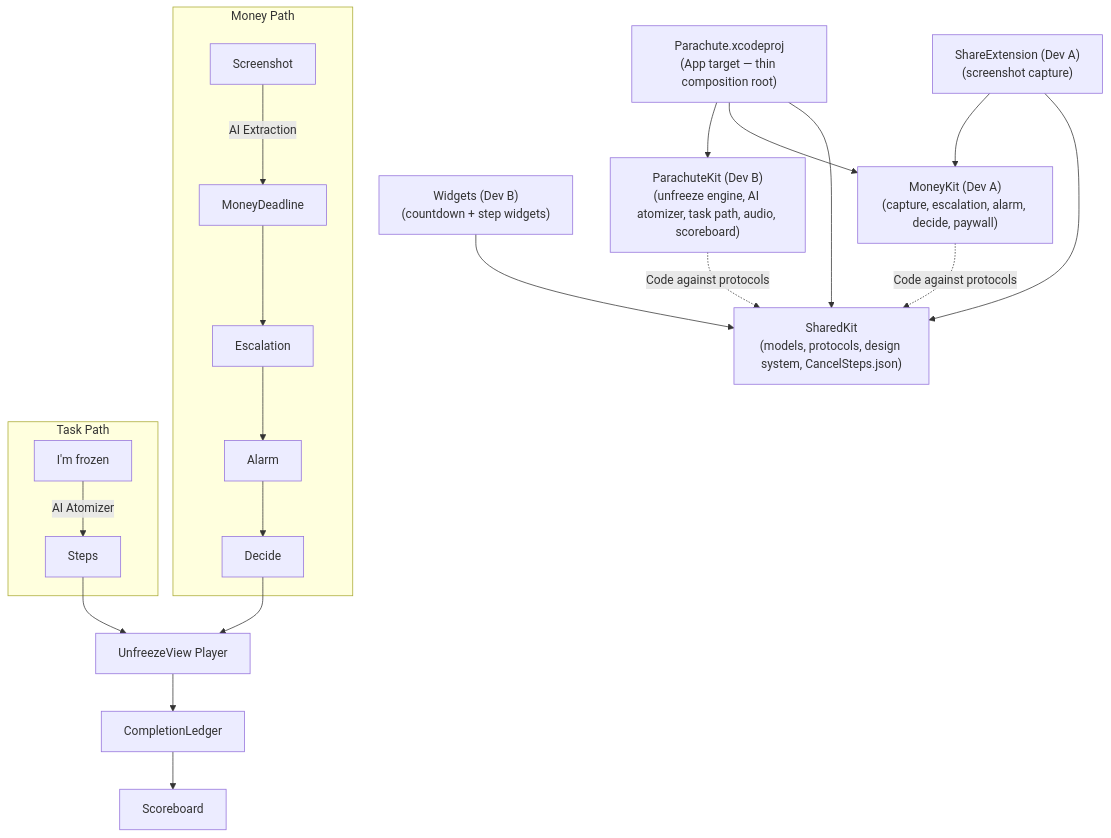
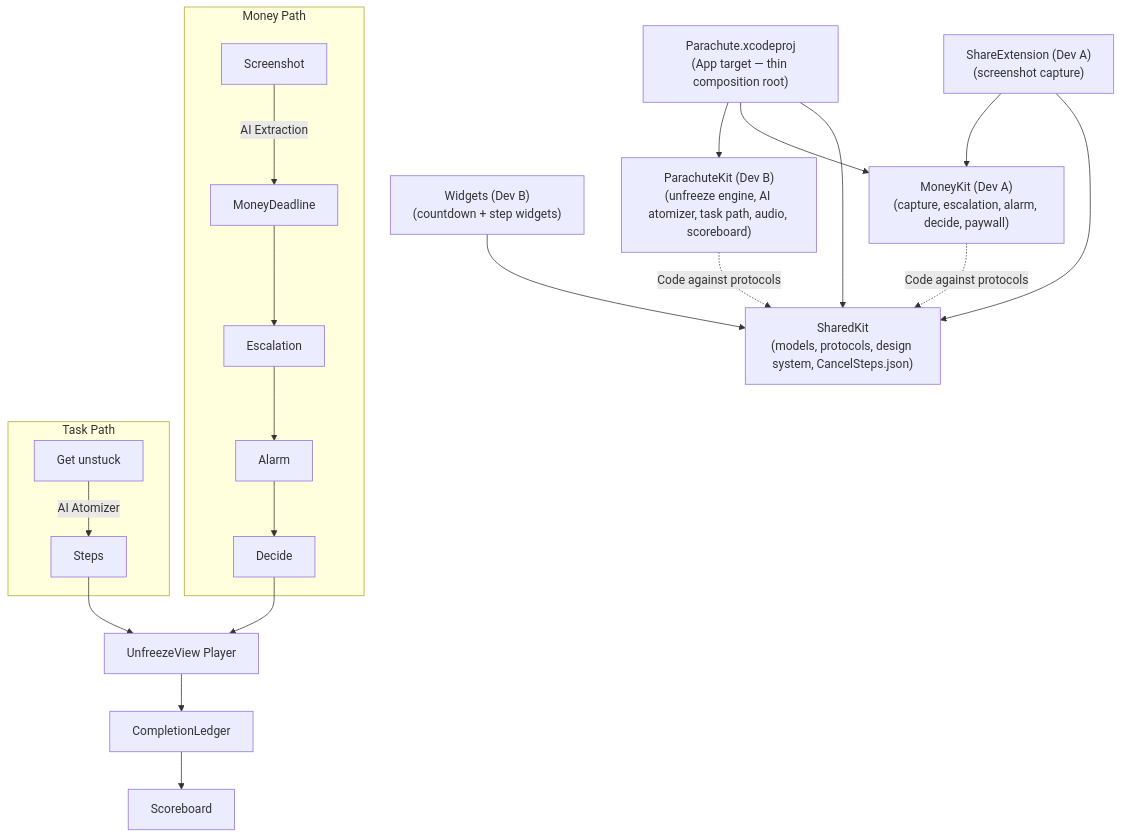
Before and after one commit to yasaausman/parachute: the diagram in docs/readme-dev-b.md, drawn with Mermaid. The commit also changed 47 other files, not shown here.

````diff
--- a/docs/readme-dev-b.md
+++ b/docs/readme-dev-b.md
@@ -18,41 +18,41 @@
 ```mermaid
 flowchart TD
     %% App Target
     App["Parachute.xcodeproj\n(App target — thin composition root)"]
 
     %% Packages & Extensions
     SharedKit["SharedKit\n(models, protocols, design system, CancelSteps.json)"]
     MoneyKit["MoneyKit (Dev A)\n(capture, escalation, alarm, decide, paywall)"]
     ParachuteKit["ParachuteKit (Dev B)\n(unfreeze engine, AI atomizer, task path, audio, scoreboard)"]
     Widgets["Widgets (Dev B)\n(countdown + step widgets)"]
     ShareExtension["ShareExtension (Dev A)\n(screenshot capture)"]
 
     %% Dependencies
     App --> SharedKit
     App --> MoneyKit
     App --> ParachuteKit
     Widgets --> SharedKit
     ShareExtension --> SharedKit
     ShareExtension --> MoneyKit
     MoneyKit -.->|Code against protocols| SharedKit
     ParachuteKit -.->|Code against protocols| SharedKit
 
     %% Data Flow - Money Path
     subgraph MoneyPath [Money Path]
         Screenshot["Screenshot"] -->|AI Extraction| MoneyDeadline["MoneyDeadline"]
         MoneyDeadline --> Escalation["Escalation"]
         Escalation --> Alarm["Alarm"]
         Alarm --> Decide["Decide"]
     end
 
     %% Data Flow - Task Path
     subgraph TaskPath [Task Path]
-        Frozen["I'm frozen"] -->|AI Atomizer| TaskSteps["Steps"]
+        Frozen["Get unstuck"] -->|AI Atomizer| TaskSteps["Steps"]
     end
 
     %% Shared Flow
     Decide --> Unfreeze["UnfreezeView Player"]
     TaskSteps --> Unfreeze
     Unfreeze --> Ledger["CompletionLedger"]
     Ledger --> Scoreboard["Scoreboard"]
 ```
````
